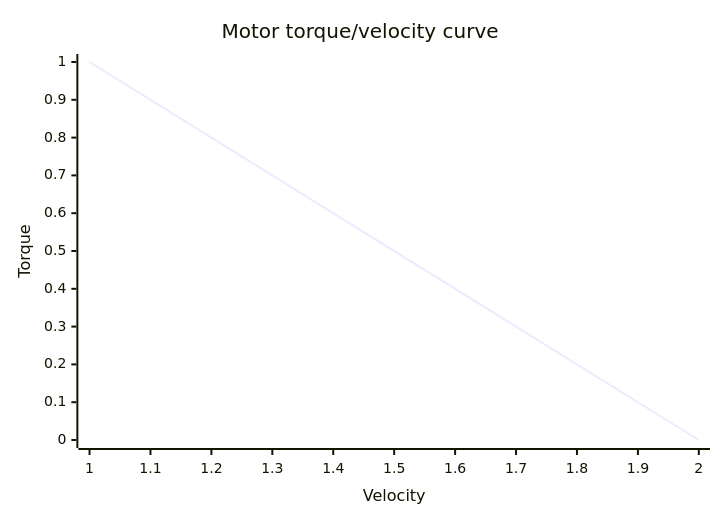
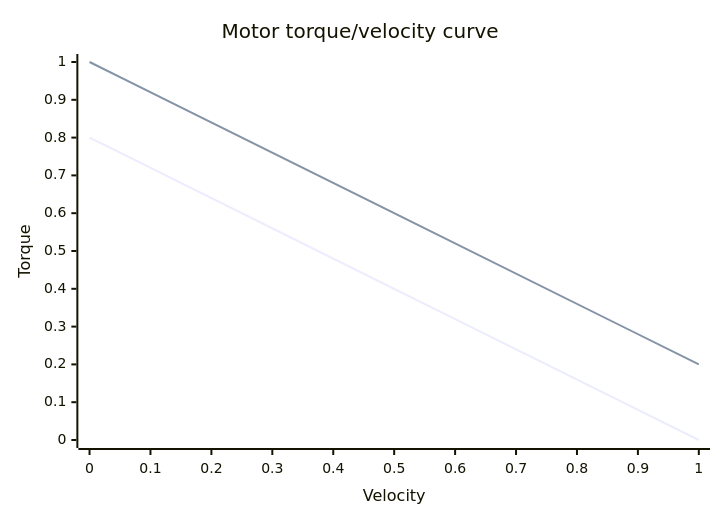
The diagram in doc/math.md (emsro/servio), drawn with Mermaid before and after one commit. The commit also changed other lines of this file, not shown here.

Commit message:
more updates

````diff
--- a/doc/math.md
+++ b/doc/math.md
@@ -43,7 +47,8 @@
 ```mermaid
 xychart-beta
     title "Motor torque/velocity curve"
-    x-axis "Velocity"
-    y-axis "Torque"
-    line [1, 0]
+    x-axis "Velocity" 0 --> 1
+    y-axis "Torque" 0 --> 1
+    line [0.8, 0]
+    line [1, 0.2]
 ```
````
